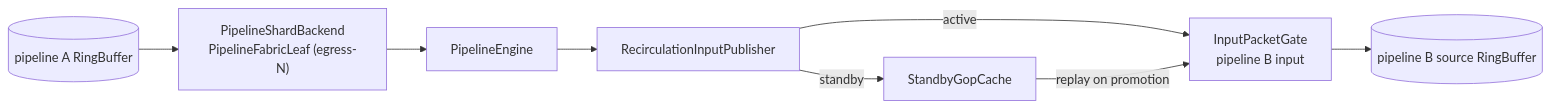
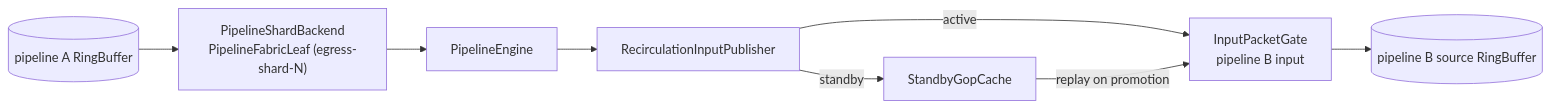
One commit to krsna1729/restream changed diagram 15 of 15 in docs/media-pipeline.md. Above: the diagram before and after it, drawn with Mermaid. The commit also changed other lines of this file and 3 other files, not shown here.

````diff
--- a/docs/media-pipeline.md
+++ b/docs/media-pipeline.md
@@ -961,10 +960,10 @@
 ```mermaid
 flowchart LR
-    RingA[("pipeline A RingBuffer")] --> Leaf["PipelineShardBackend<br/>PipelineFabricLeaf (egress-N)"]
+    RingA[("pipeline A RingBuffer")] --> Leaf["PipelineShardBackend<br/>PipelineFabricLeaf (egress-shard-N)"]
     Leaf --> Engine["PipelineEngine"]
     Engine --> Pub["RecirculationInputPublisher"]
     Pub -->|"standby"| Gop["StandbyGopCache"]
     Pub -->|"active"| Gate["InputPacketGate<br/>pipeline B input"]
     Gop -->|"replay on promotion"| Gate
     Gate --> RingB[("pipeline B source RingBuffer")]
 ```
````
